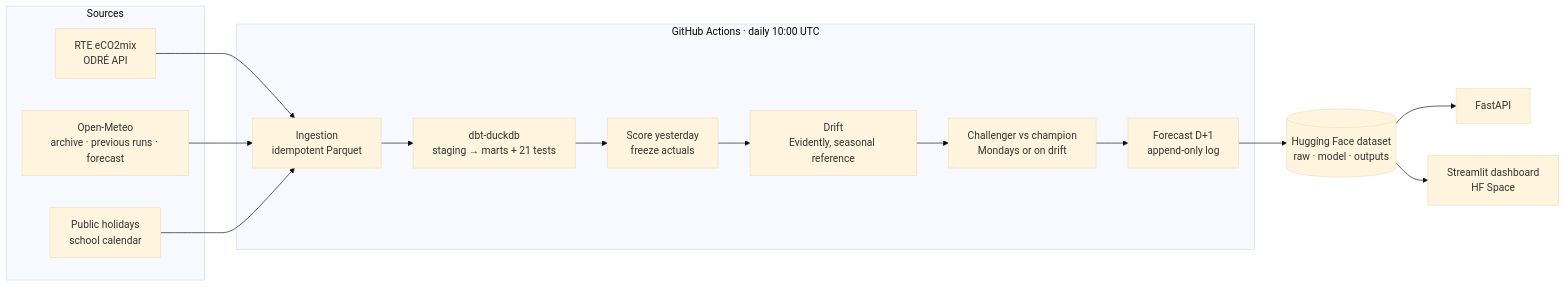
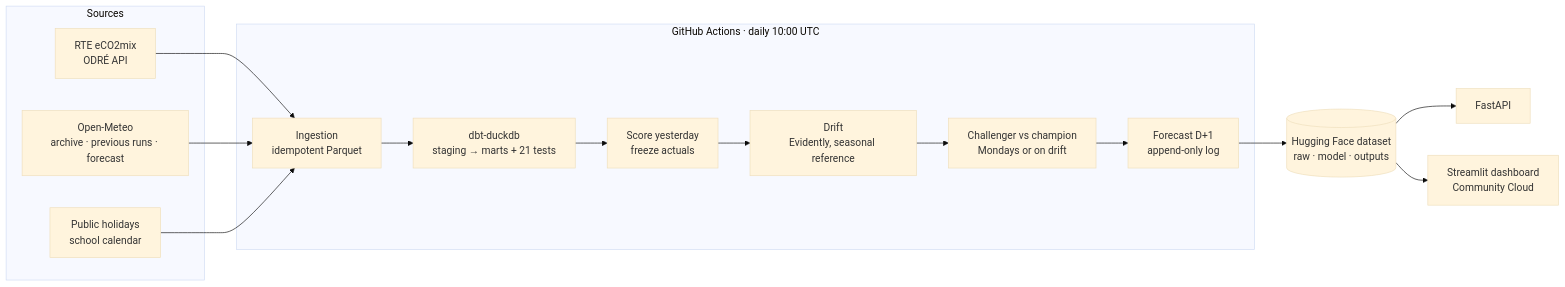
Before and after one commit to baluva/wattcast: the diagram in README.md, drawn with Mermaid (base theme). The commit also changed other lines of this file and 7 other files, not shown here.

First line of the commit message:
Dashboard déployé sur Streamlit Community Cloud au lieu d'un Space HF

````diff
--- a/README.md
+++ b/README.md
@@ -60,22 +60,22 @@
 ```mermaid
 flowchart LR
     subgraph Sources
         RTE[RTE eCO2mix<br/>ODRÉ API]
         OM[Open-Meteo<br/>archive · previous runs · forecast]
         CAL[Public holidays<br/>school calendar]
     end
     subgraph "GitHub Actions · daily 10:00 UTC"
         ING[Ingestion<br/>idempotent Parquet]
         DBT[dbt-duckdb<br/>staging → marts + 21 tests]
         SCORE[Score yesterday<br/>freeze actuals]
         DRIFT[Drift<br/>Evidently, seasonal reference]
         TRAIN[Challenger vs champion<br/>Mondays or on drift]
         PRED[Forecast D+1<br/>append-only log]
     end
     HF[(Hugging Face dataset<br/>raw · model · outputs)]
     API[FastAPI]
-    DASH[Streamlit dashboard<br/>HF Space]
+    DASH[Streamlit dashboard<br/>Community Cloud]
     RTE & OM & CAL --> ING --> DBT --> SCORE --> DRIFT --> TRAIN --> PRED --> HF
     HF --> API
     HF --> DASH
 ```
````
